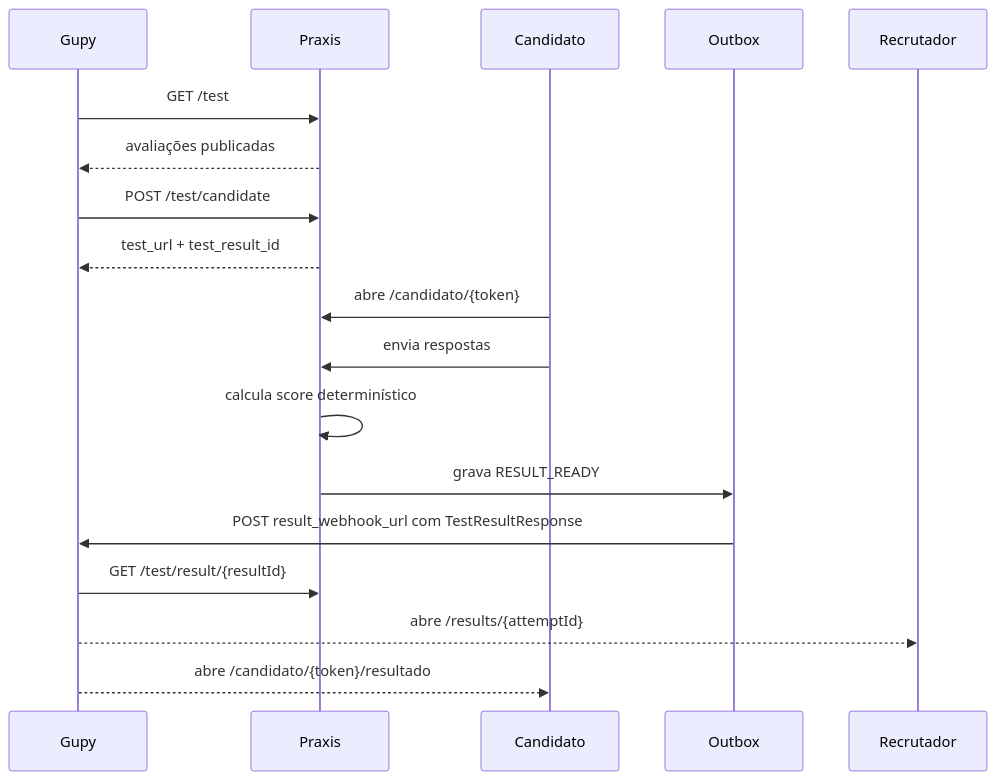
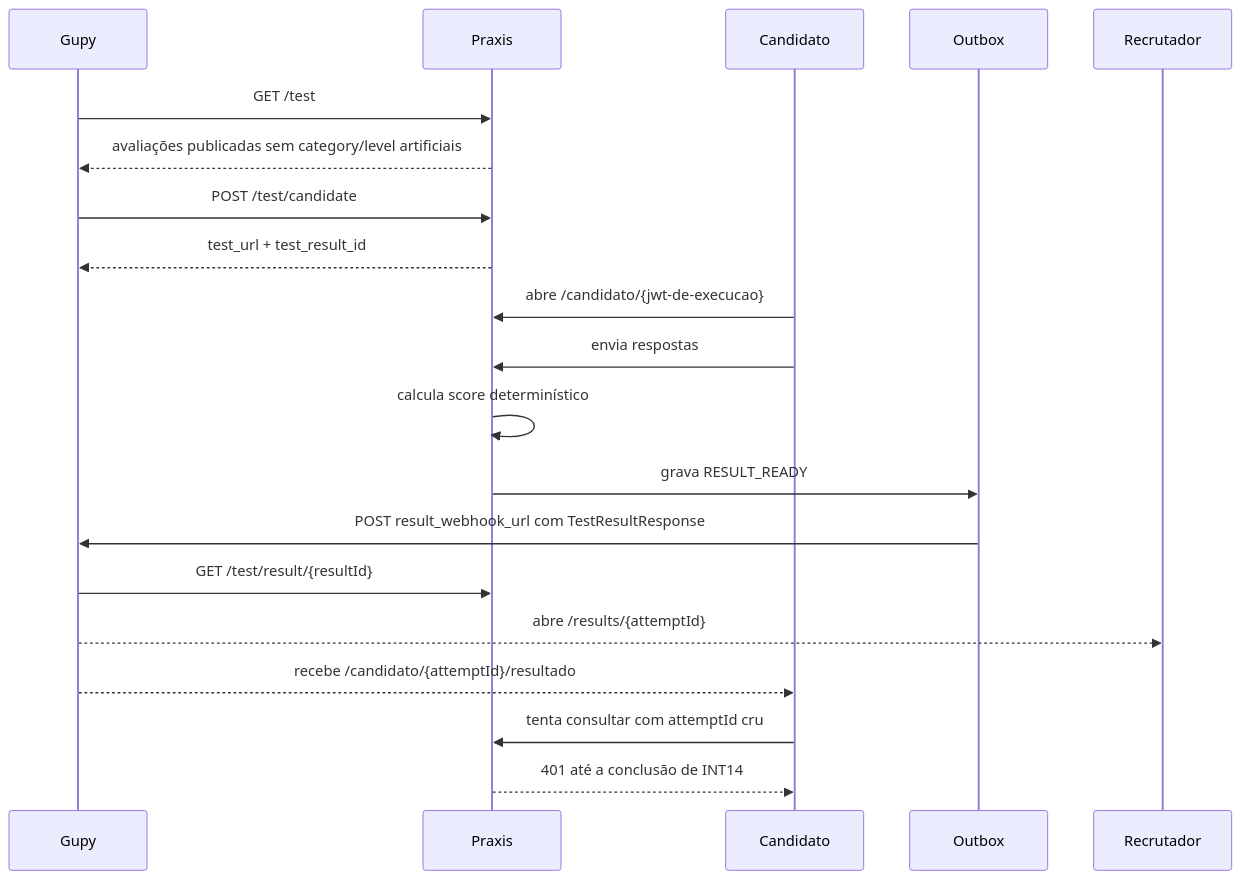
The first of 2 diagrams in docs/INTEGRACAO-GUPY-PROVEDOR.md (diogo2806/praxis), drawn with Mermaid before and after one commit. The commit also changed other lines of this file, not shown here.

Commit message:
docs: alinhar contrato Gupy ao comportamento real

````diff
--- a/docs/INTEGRACAO-GUPY-PROVEDOR.md
+++ b/docs/INTEGRACAO-GUPY-PROVEDOR.md
@@ -226,20 +226,22 @@
 ```mermaid
 sequenceDiagram
   participant Gupy
   participant Praxis
   participant Candidato
   participant Outbox
 
   Gupy->>Praxis: GET /test
-  Praxis-->>Gupy: avaliações publicadas
+  Praxis-->>Gupy: avaliações publicadas sem category/level artificiais
   Gupy->>Praxis: POST /test/candidate
   Praxis-->>Gupy: test_url + test_result_id
-  Candidato->>Praxis: abre /candidato/{token}
+  Candidato->>Praxis: abre /candidato/{jwt-de-execucao}
   Candidato->>Praxis: envia respostas
   Praxis->>Praxis: calcula score determinístico
   Praxis->>Outbox: grava RESULT_READY
   Outbox->>Gupy: POST result_webhook_url com TestResultResponse
   Gupy->>Praxis: GET /test/result/{resultId}
   Gupy-->>Recrutador: abre /results/{attemptId}
-  Gupy-->>Candidato: abre /candidato/{token}/resultado
+  Gupy-->>Candidato: recebe /candidato/{attemptId}/resultado
+  Candidato->>Praxis: tenta consultar com attemptId cru
+  Praxis-->>Candidato: 401 até a conclusão de INT14
 ```
````
